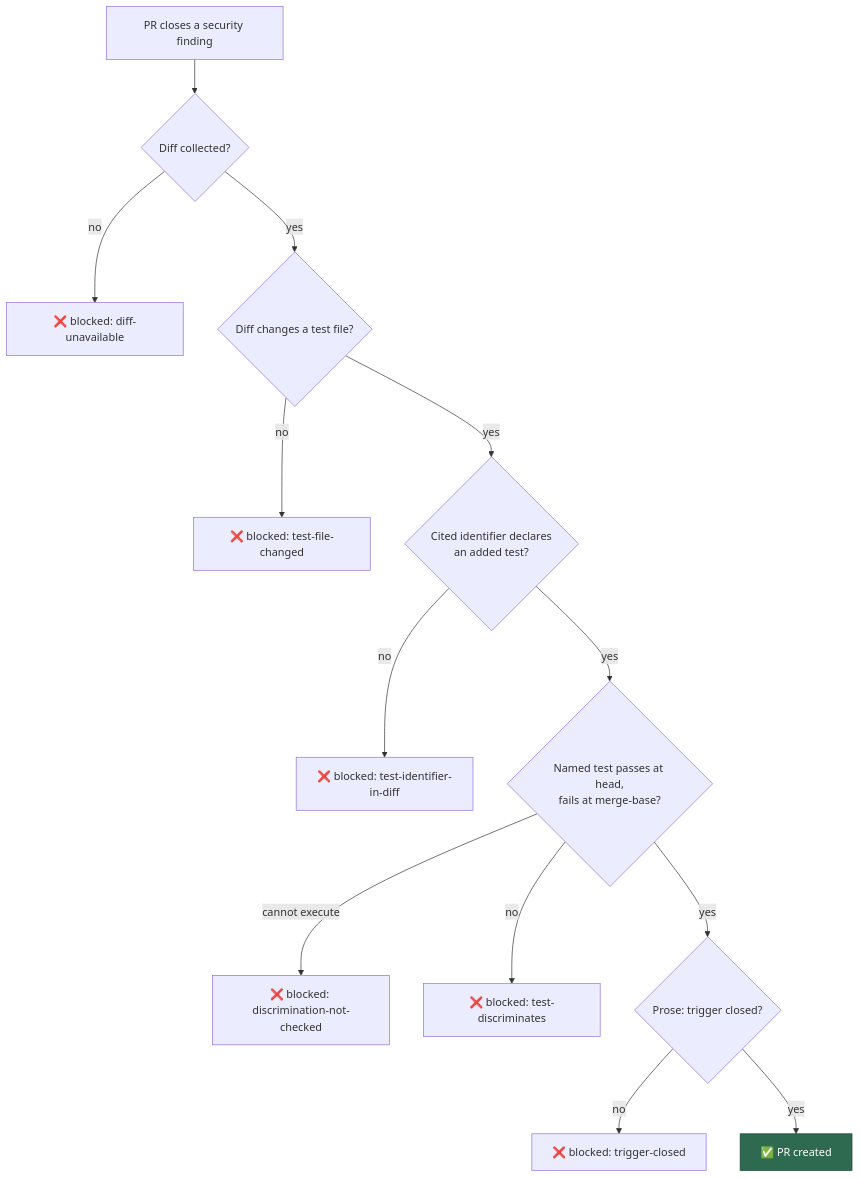
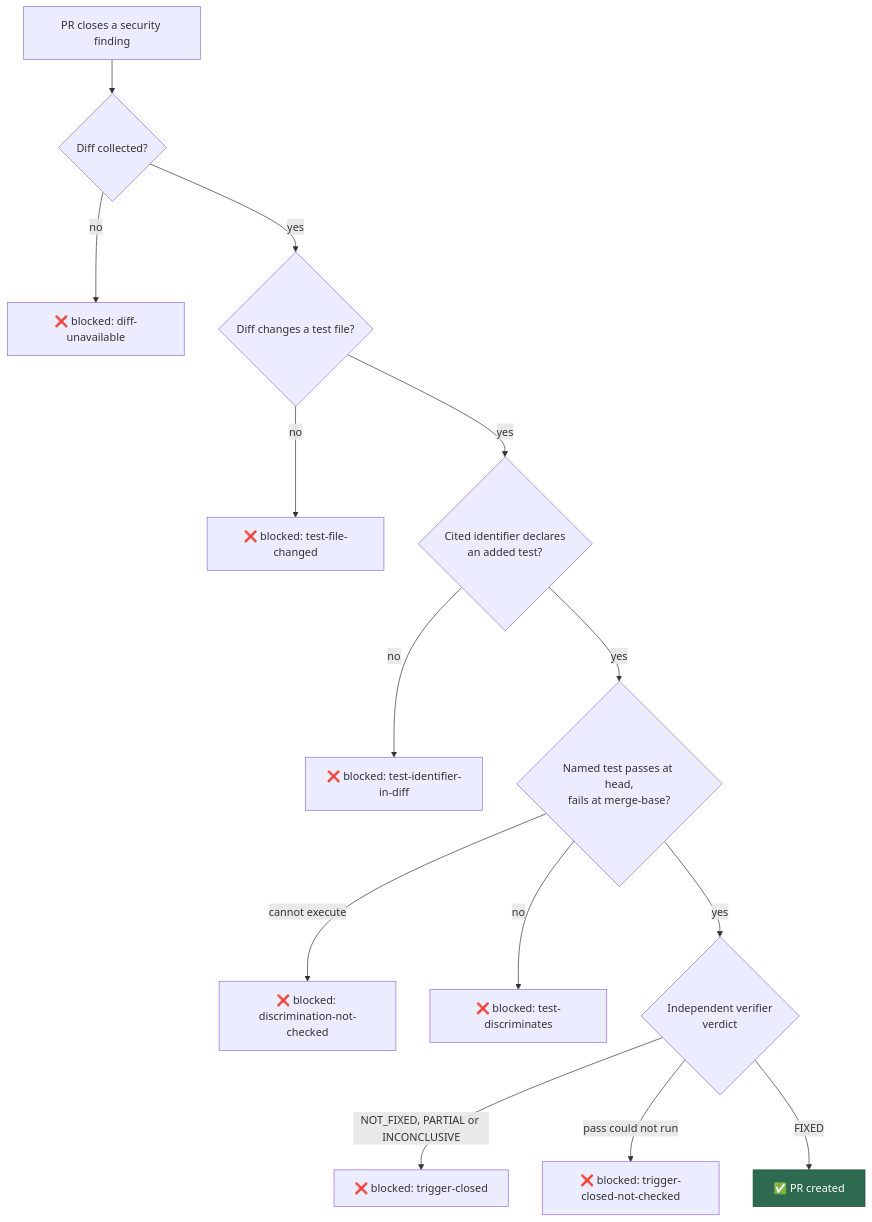
Before and after one commit to stSoftwareAU/VibeCoder: the second of 2 diagrams in docs/security/idle-task-scans-vs-anthropic-visa-harnesses-gap-analysis.md, drawn with Mermaid. The commit also changed other lines of this file and 13 other files, not shown here.

````diff
--- a/docs/security/idle-task-scans-vs-anthropic-visa-harnesses-gap-analysis.md
+++ b/docs/security/idle-task-scans-vs-anthropic-visa-harnesses-gap-analysis.md
@@ -188,16 +193,17 @@
 ```mermaid
 flowchart TD
     A["PR closes a security finding"] --> B{"Diff collected?"}
     B -- no --> X["❌ blocked: diff-unavailable"]
     B -- yes --> C{"Diff changes a test file?"}
     C -- no --> X2["❌ blocked: test-file-changed"]
     C -- yes --> D{"Cited identifier declares<br/>an added test?"}
     D -- no --> X3["❌ blocked: test-identifier-in-diff"]
     D -- yes --> D2{"Named test passes at head,<br/>fails at merge-base?"}
     D2 -- "cannot execute" --> X5["❌ blocked: discrimination-not-checked"]
     D2 -- no --> X6["❌ blocked: test-discriminates"]
-    D2 -- yes --> E{"Prose: trigger closed?"}
-    E -- no --> X4["❌ blocked: trigger-closed"]
-    E -- yes --> P["✅ PR created"]
+    D2 -- yes --> E{"Independent verifier<br/>verdict"}
+    E -- "NOT_FIXED, PARTIAL or INCONCLUSIVE" --> X4["❌ blocked: trigger-closed"]
+    E -- "pass could not run" --> X8["❌ blocked: trigger-closed-not-checked"]
+    E -- "FIXED" --> P["✅ PR created"]
     style P fill:#2d6a4f,stroke:#1b4332,color:#fff
 ```
````
